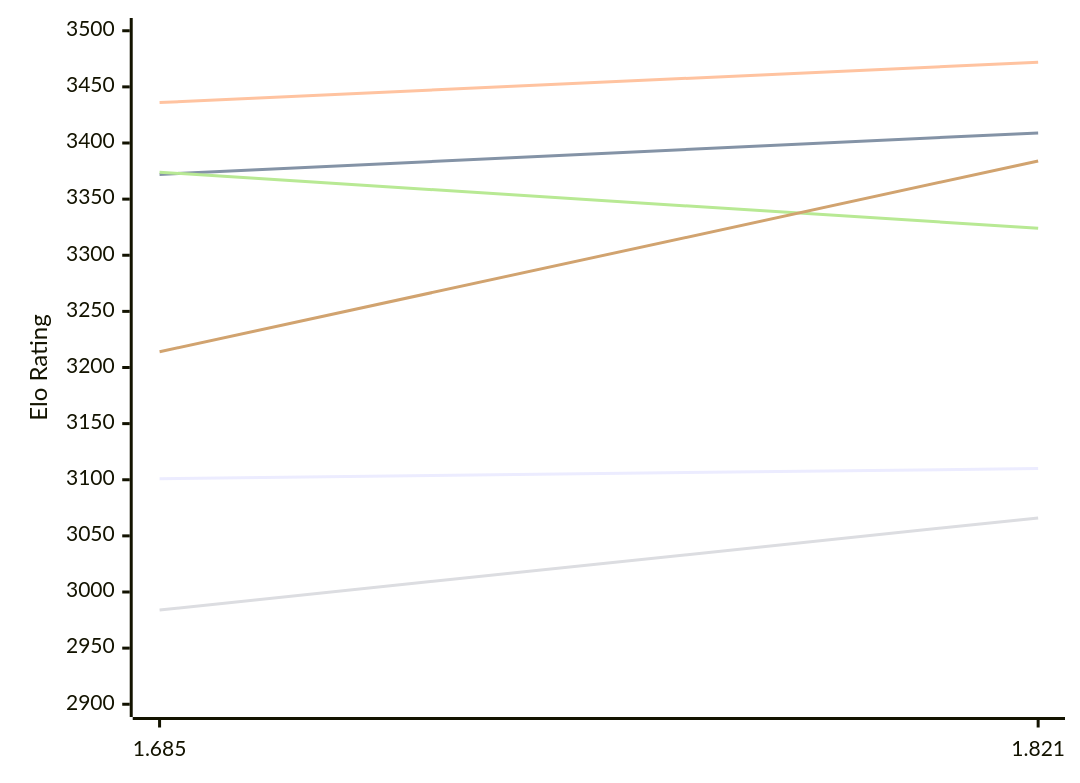
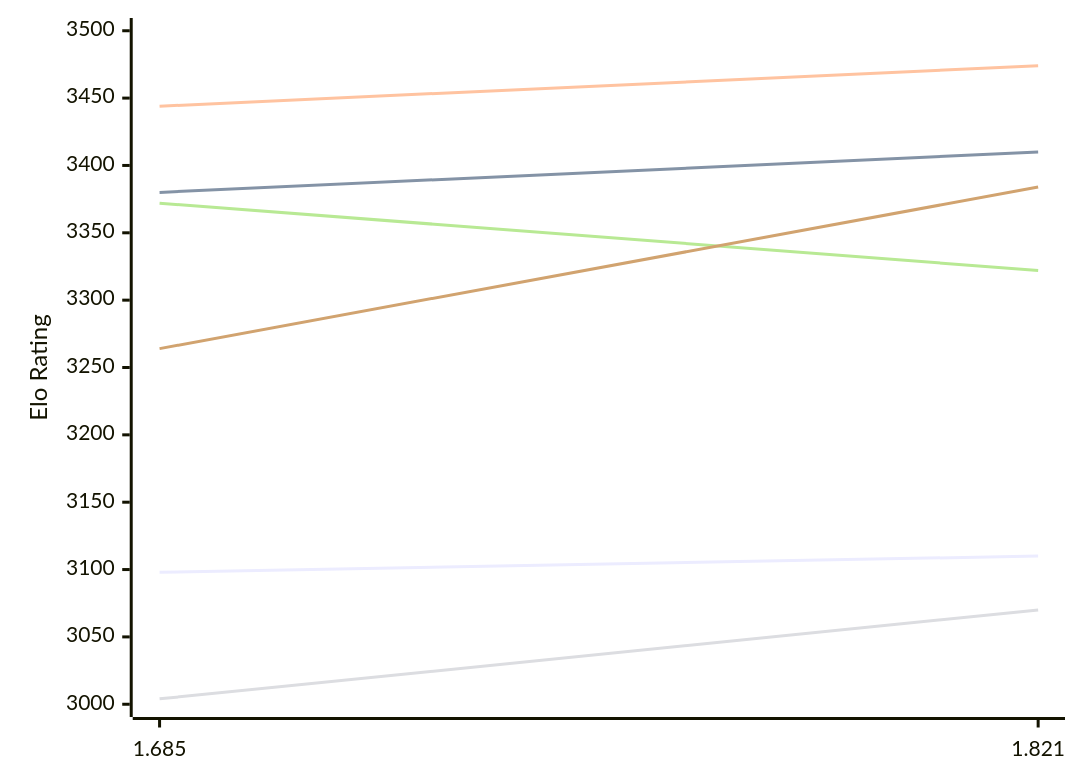
Before and after one commit to computer-chess-index/cci: the first of 2 diagrams in engines/Malika.md, drawn with Mermaid. The commit also changed other lines of this file, not shown here.

Commit message:
Update CCI Ratings (ELO VLTC) - 2026-11-17

````diff
--- a/engines/Malika.md
+++ b/engines/Malika.md
@@ -54,12 +54,12 @@
 ```mermaid
 %%{init: {"theme":"base","themeVariables":{"seriesColors:['#a3a3a3','#222221','#faa371']}}}%%
 xychart-beta
   x-axis ["1.685", "1.821"]
-  y-axis "Elo Rating" 2900 --> 3500
-  line "E1: STC (8.0+0.08s)" [3101, 3110]
-  line "E1: LTC (60.0+0.60s)" [3372, 3409]
-  line "E1: VLTC (2m24s+1.12s)" [3436, 3472]
-  line "P1: STC (8.0+0.08s)" [2984, 3066]
-  line "P1: LTC (60.0+0.60s)" [3374, 3324]
-  line "P1: VLTC (2m24s+1.12s)" [3214, 3384]
+  y-axis "Elo Rating" 3000 --> 3500
+  line "E1: STC (8.0+0.08s)" [3098, 3110]
+  line "E1: LTC (60.0+0.60s)" [3380, 3410]
+  line "E1: VLTC (2m24s+1.12s)" [3444, 3474]
+  line "P1: STC (8.0+0.08s)" [3004, 3070]
+  line "P1: LTC (60.0+0.60s)" [3372, 3322]
+  line "P1: VLTC (2m24s+1.12s)" [3264, 3384]
 ```
````
